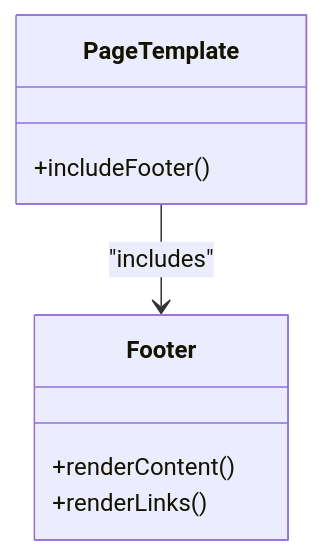
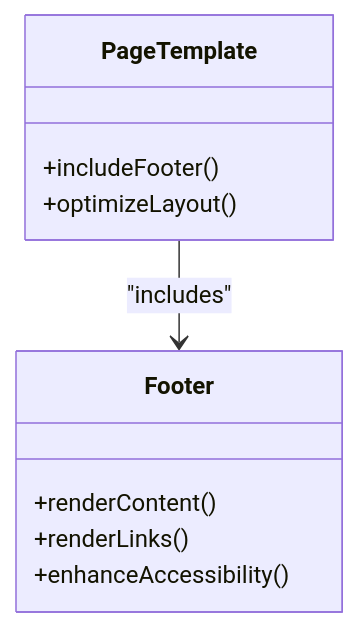
Before and after one commit to Dunstun2/GeniusMind-Home-Schooling: the fourth of 8 diagrams in .qoder/repowiki/en/content/Frontend Architecture/Frontend Architecture.md, drawn with Mermaid. The commit also changed other lines of this file and 42 other files, not shown here.

````diff
--- a/.qoder/repowiki/en/content/Frontend Architecture/Frontend Architecture.md
+++ b/.qoder/repowiki/en/content/Frontend Architecture/Frontend Architecture.md
@@ -257,11 +268,13 @@
 ```mermaid
 classDiagram
 class Footer {
 +renderContent()
 +renderLinks()
++enhanceAccessibility()
 }
 class PageTemplate {
 +includeFooter()
++optimizeLayout()
 }
 PageTemplate --> Footer : "includes"
 ```
````
